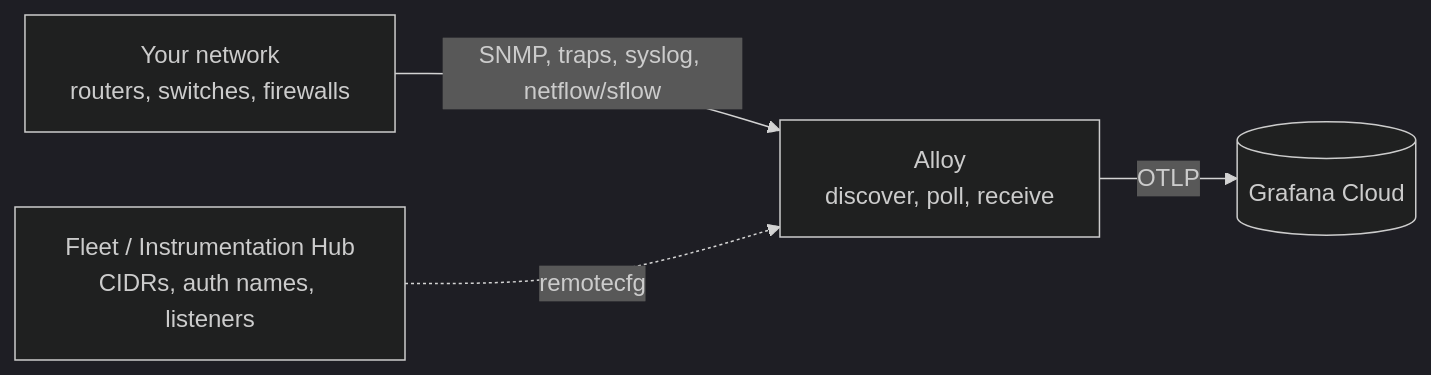
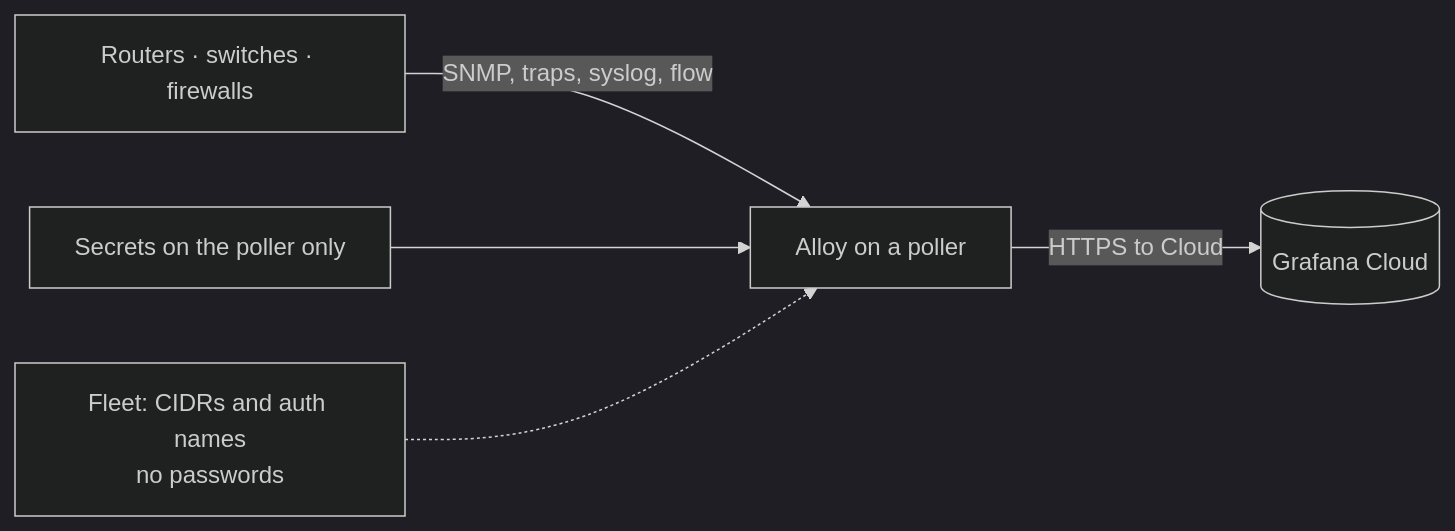
Before and after one commit to Mesverrum/grafana-network-o11y-guide: the diagram in README.md, drawn with Mermaid (dark theme). The commit also changed other lines of this file and 15 other files, not shown here.

Commit message:
Rewrite the guide for network admins: host Alloy as the default path, no secrets in Fleet, and copy-paste install steps.

````diff
--- a/README.md
+++ b/README.md
@@ -19,6 +24,7 @@
 ```mermaid
 flowchart LR
-  D["Your network<br/>routers, switches, firewalls"] -->|"SNMP, traps, syslog, netflow/sflow"| A["Alloy<br/>discover, poll, receive"]
-  A -->|"OTLP"| G[("Grafana Cloud")]
-  F["Fleet / Instrumentation Hub<br/>CIDRs, auth names, listeners"] -.->|"remotecfg"| A
+  D["Routers · switches · firewalls"] -->|"SNMP, traps, syslog, flow"| A["Alloy on a poller"]
+  S["Secrets on the poller only"] --> A
+  A -->|"HTTPS to Cloud"| G[("Grafana Cloud")]
+  F["Fleet: CIDRs and auth names<br/>no passwords"] -.-> A
 ```
````
